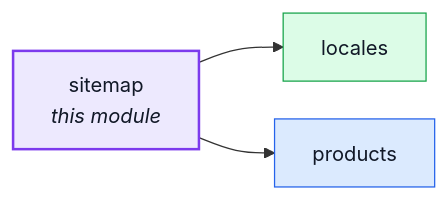
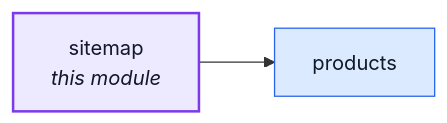
One commit to Guebbit/boilerplate-node-backend changed the first of 2 diagrams in docs/modules/sitemap.md. Above: the diagram before and after it, drawn with Mermaid. The commit also changed other lines of this file and 5 other files, not shown here.

First line of the commit message:
refactor(sitemap): read the served-language list so the module needs no locales

````diff
--- a/docs/modules/sitemap.md
+++ b/docs/modules/sitemap.md
@@ -16,18 +16,15 @@
 ```mermaid
 %%{init: {'flowchart': {'nodeSpacing': 30, 'rankSpacing': 60}}}%%
 flowchart LR
     sitemap["sitemap<br/><i>this module</i>"]
-    locales["locales"]
     products["products"]
 
-    sitemap --> locales
     sitemap --> products
 
     classDef core fill:#dbeafe,stroke:#2563eb,color:#111827;
     classDef supporting fill:#fef3c7,stroke:#d97706,color:#111827;
     classDef generic fill:#dcfce7,stroke:#16a34a,color:#111827;
     classDef centre fill:#ede9fe,stroke:#7c3aed,stroke-width:2px,color:#111827;
     class products core;
-    class locales generic;
     class sitemap centre;
 ```
````
